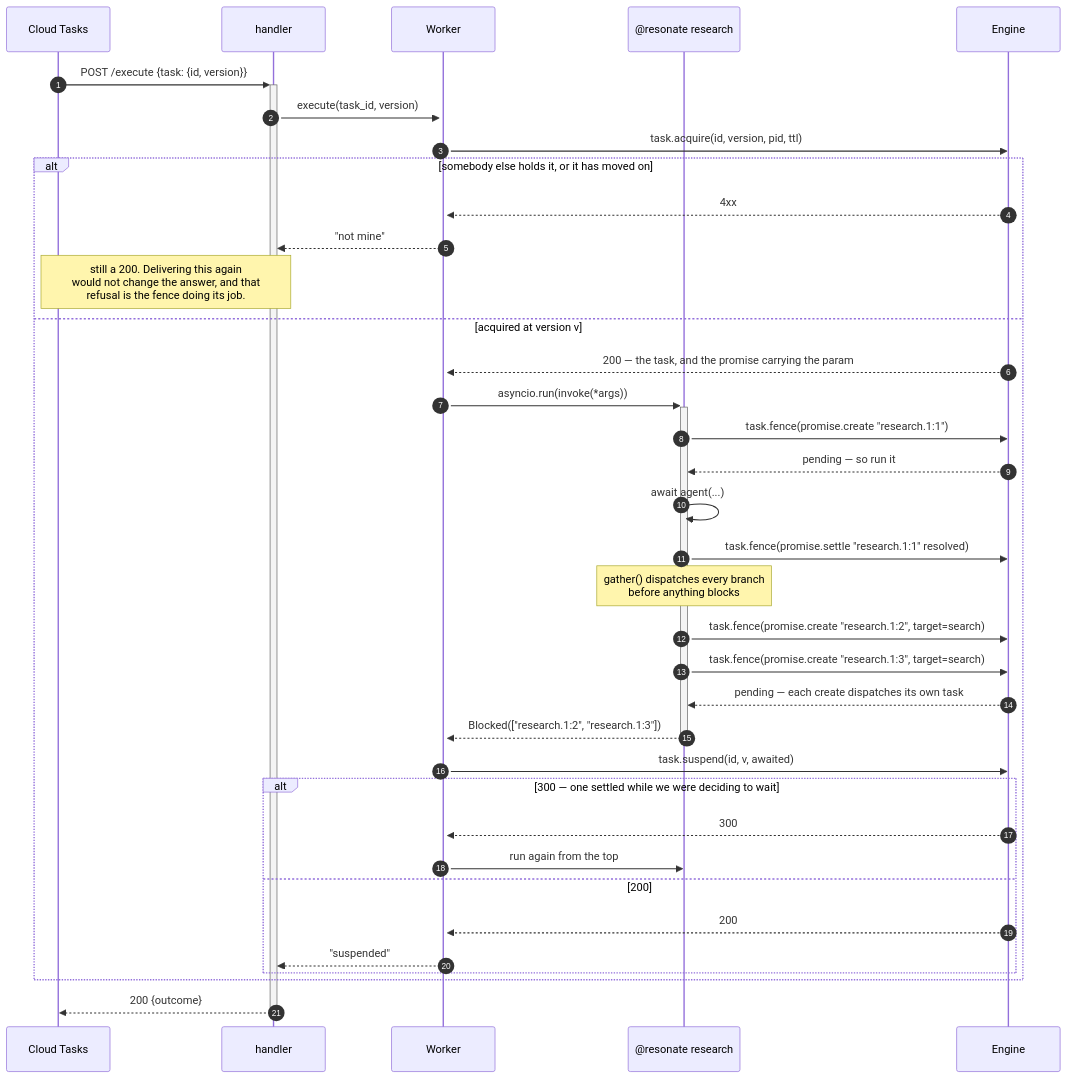
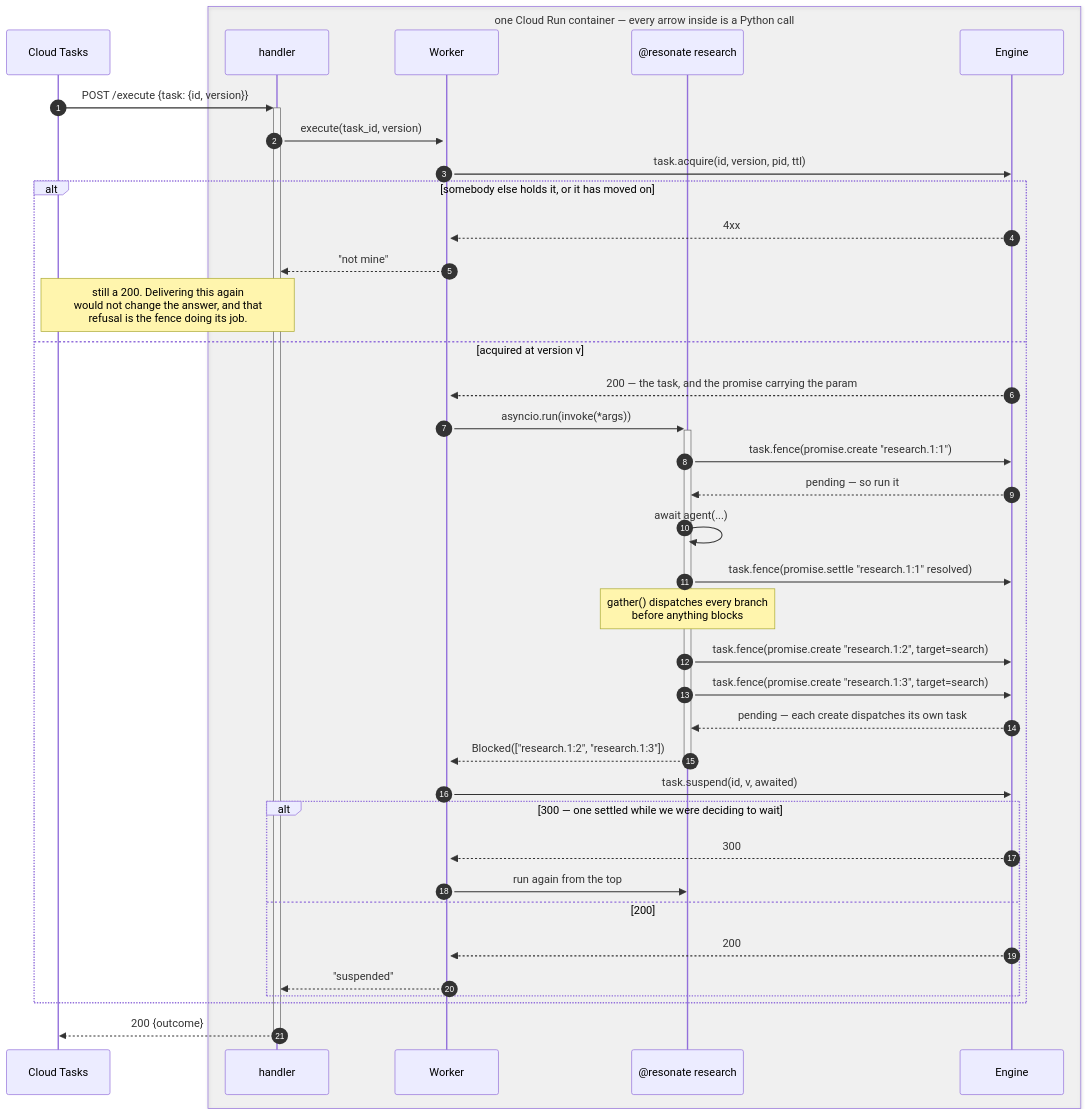
The fourth of 6 diagrams in code/final/SEQUENCE.md (resonatehq/durable-execution), drawn with Mermaid before and after one commit. The commit also changed other lines of this file, not shown here.

First line of the commit message:
final: say what each lifeline in SEQUENCE.md actually is

````diff
--- a/code/final/SEQUENCE.md
+++ b/code/final/SEQUENCE.md
@@ -123,44 +150,46 @@
 ```mermaid
 sequenceDiagram
     autonumber
     participant Q as Cloud Tasks
-    participant H as handler
-    participant W as Worker
-    participant Fn as @resonate research
-    participant E as Engine
+    box rgba(128,128,128,0.08) one Cloud Run container — every arrow inside is a Python call
+        participant H as handler
+        participant W as Worker
+        participant Fn as @resonate research
+        participant E as Engine
+    end
 
     Q->>+H: POST /execute {task: {id, version}}
     H->>+W: execute(task_id, version)
     W->>E: task.acquire(id, version, pid, ttl)
 
     alt somebody else holds it, or it has moved on
         E-->>W: 4xx
         W-->>H: "not mine"
         Note over H,Q: still a 200. Delivering this again<br/>would not change the answer, and that<br/>refusal is the fence doing its job.
     else acquired at version v
         E-->>W: 200 — the task, and the promise carrying the param
         W->>+Fn: asyncio.run(invoke(*args))
 
         Fn->>E: task.fence(promise.create "research.1:1")
         E-->>Fn: pending — so run it
         Fn->>Fn: await agent(...)
         Fn->>E: task.fence(promise.settle "research.1:1" resolved)
 
         Note over Fn: gather() dispatches every branch<br/>before anything blocks
         Fn->>E: task.fence(promise.create "research.1:2", target=search)
         Fn->>E: task.fence(promise.create "research.1:3", target=search)
         E-->>Fn: pending — each create dispatches its own task
         Fn-->>-W: Blocked(["research.1:2", "research.1:3"])
 
         W->>E: task.suspend(id, v, awaited)
         alt 300 — one settled while we were deciding to wait
             E-->>W: 300
             W->>Fn: run again from the top
         else 200
             E-->>W: 200
             W-->>H: "suspended"
         end
     end
 
     H-->>-Q: 200 {outcome}
 ```
````
